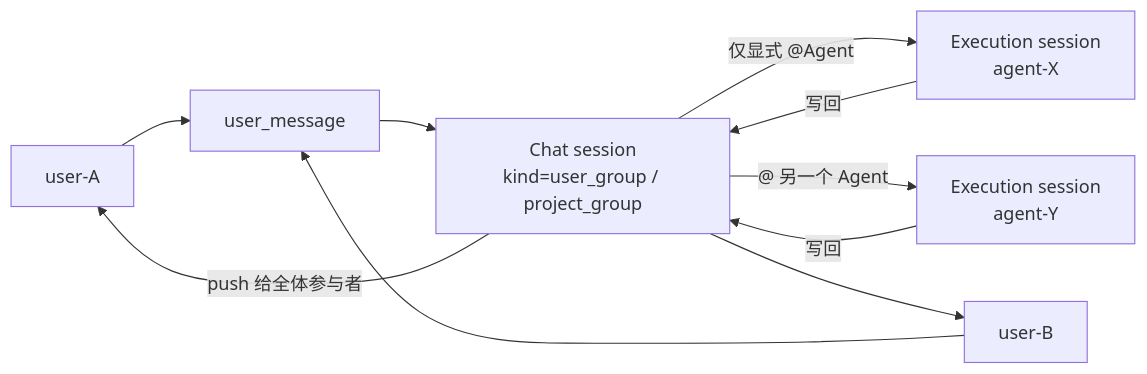
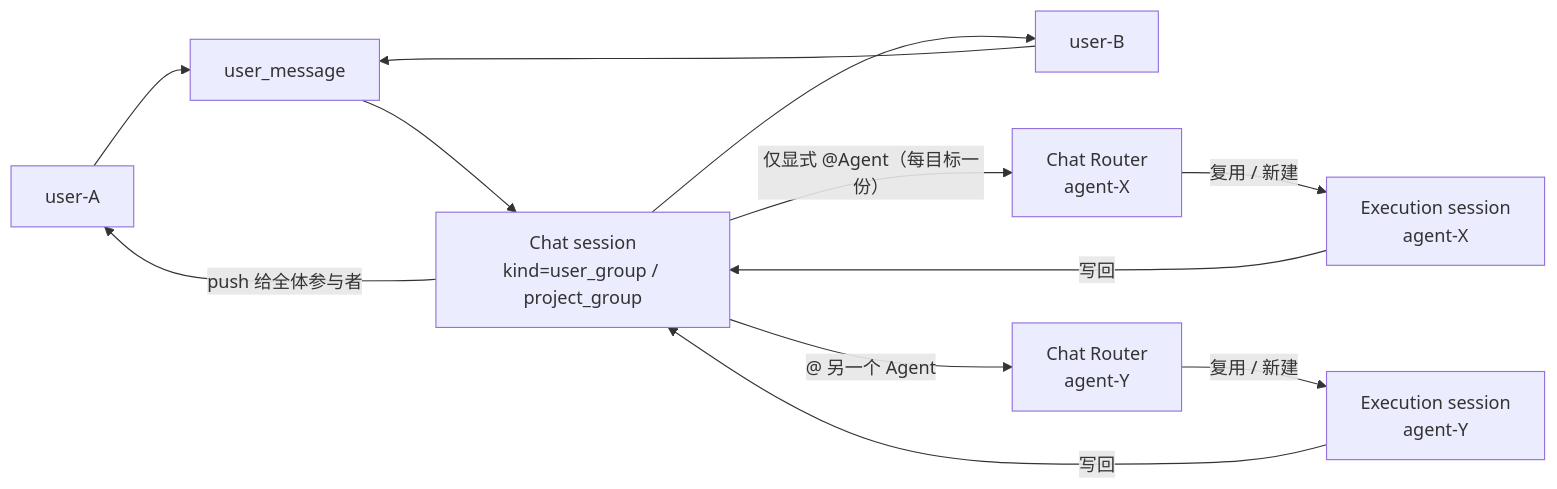
Before and after one commit to acowork/acowork: the second of 10 diagrams in docs/design/zh/27-intent-messaging-and-group-chat.md, drawn with Mermaid. The commit also changed other lines of this file and 3 other files, not shown here.

Commit message:
docs(design): add chat session context orchestration design and freeze the router contract in design 27 (ADR-099)

````diff
--- a/docs/design/zh/27-intent-messaging-and-group-chat.md
+++ b/docs/design/zh/27-intent-messaging-and-group-chat.md
@@ -50,12 +50,14 @@
 ```mermaid
 graph LR
     U1["user-A"] --> MSG["user_message"]
     U2["user-B"] --> MSG
     MSG --> GC["Chat session<br/>kind=user_group / project_group"]
-    GC -->|"仅显式 @Agent"| ES1["Execution session<br/>agent-X"]
-    GC -->|"@ 另一个 Agent"| ES2["Execution session<br/>agent-Y"]
+    GC -->|"仅显式 @Agent（每目标一份）"| R1["Chat Router<br/>agent-X"]
+    GC -->|"@ 另一个 Agent"| R2["Chat Router<br/>agent-Y"]
+    R1 -->|"复用 / 新建"| ES1["Execution session<br/>agent-X"]
+    R2 -->|"复用 / 新建"| ES2["Execution session<br/>agent-Y"]
     ES1 -->|"写回"| GC
     ES2 -->|"写回"| GC
     GC -->|"push 给全体参与者"| U1
     GC --> U2
 ```
````
